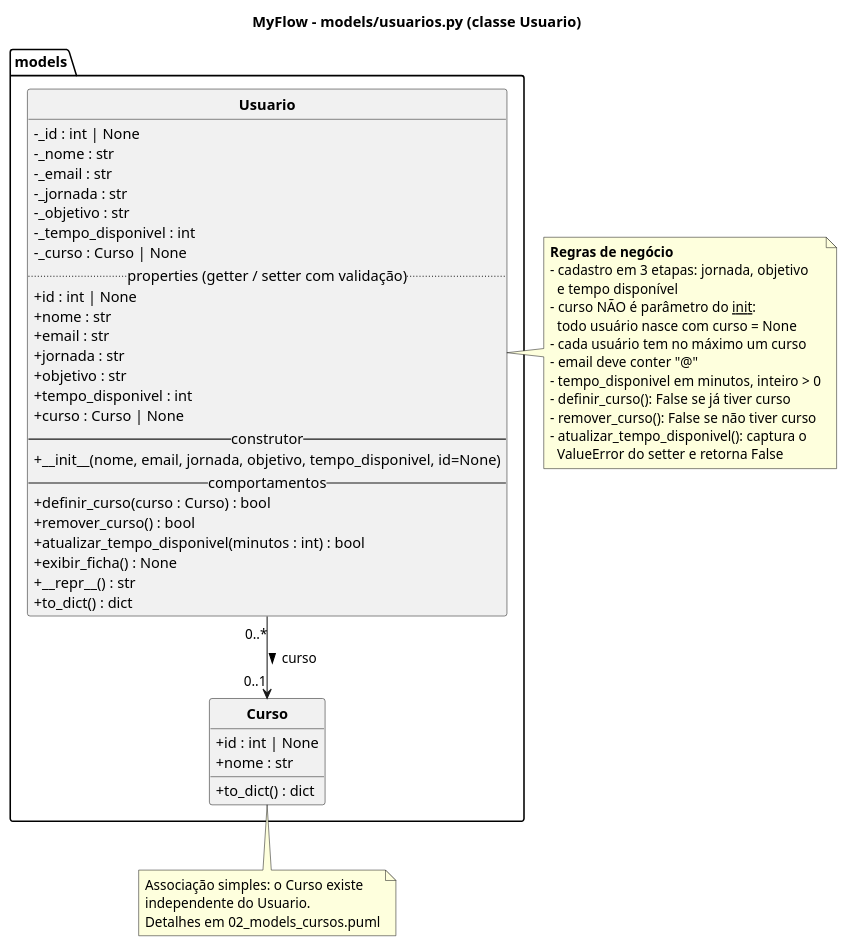
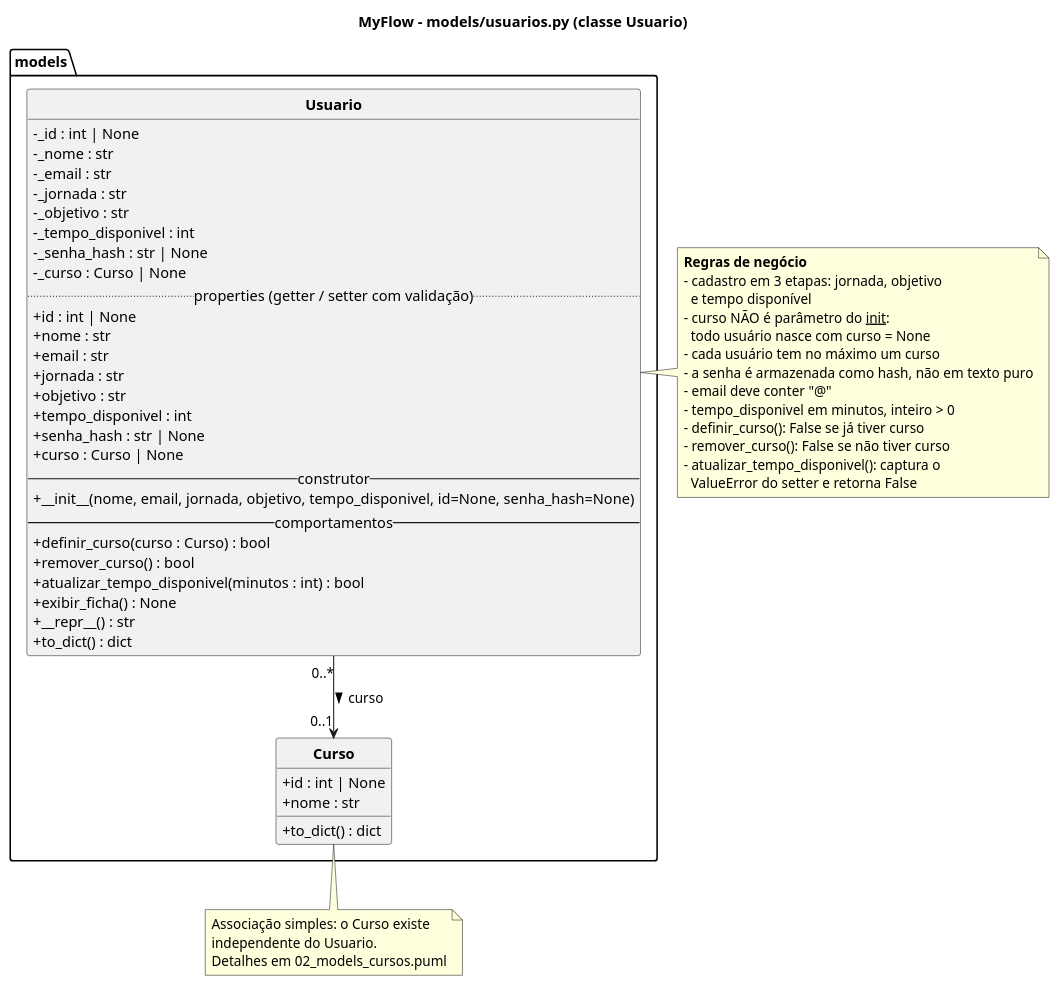
One commit to nicholasmichelon/project-myflow changed the diagram in uml/classes/03_models_usuarios.puml. Above: the diagram before and after it, drawn with PlantUML. The commit also changed 46 other files, not shown here.

```diff
--- a/uml/classes/03_models_usuarios.puml
+++ b/uml/classes/03_models_usuarios.puml
@@ -1,68 +1,71 @@
 @startuml 03_models_usuarios
 ' MyFlow - models/usuarios.py
 title MyFlow - models/usuarios.py (classe Usuario)
 
 skinparam classAttributeIconSize 0
 skinparam shadowing false
 skinparam classFontStyle bold
 hide circle
 
 package "models" {
   class Usuario {
     -_id : int | None
     -_nome : str
     -_email : str
     -_jornada : str
     -_objetivo : str
     -_tempo_disponivel : int
+    -_senha_hash : str | None
     -_curso : Curso | None
     .. properties (getter / setter com validação) ..
     +id : int | None
     +nome : str
     +email : str
     +jornada : str
     +objetivo : str
     +tempo_disponivel : int
+    +senha_hash : str | None
     +curso : Curso | None
     -- construtor --
-    +__init__(nome, email, jornada, objetivo, tempo_disponivel, id=None)
+    +__init__(nome, email, jornada, objetivo, tempo_disponivel, id=None, senha_hash=None)
     -- comportamentos --
     +definir_curso(curso : Curso) : bool
     +remover_curso() : bool
     +atualizar_tempo_disponivel(minutos : int) : bool
     +exibir_ficha() : None
     +__repr__() : str
     +to_dict() : dict
   }
 
   class Curso {
     +id : int | None
     +nome : str
     +to_dict() : dict
   }
 }
 
 Usuario "0..*" --> "0..1" Curso : curso >
 
 note right of Usuario
   <b>Regras de negócio</b>
   - cadastro em 3 etapas: jornada, objetivo
     e tempo disponível
   - curso NÃO é parâmetro do __init__:
     todo usuário nasce com curso = None
   - cada usuário tem no máximo um curso
+  - a senha é armazenada como hash, não em texto puro
   - email deve conter "@"
   - tempo_disponivel em minutos, inteiro > 0
   - definir_curso(): False se já tiver curso
   - remover_curso(): False se não tiver curso
   - atualizar_tempo_disponivel(): captura o
     ValueError do setter e retorna False
 end note
 
 note bottom of Curso
   Associação simples: o Curso existe
   independente do Usuario.
   Detalhes em 02_models_cursos.puml
 end note
 
 @enduml
```
